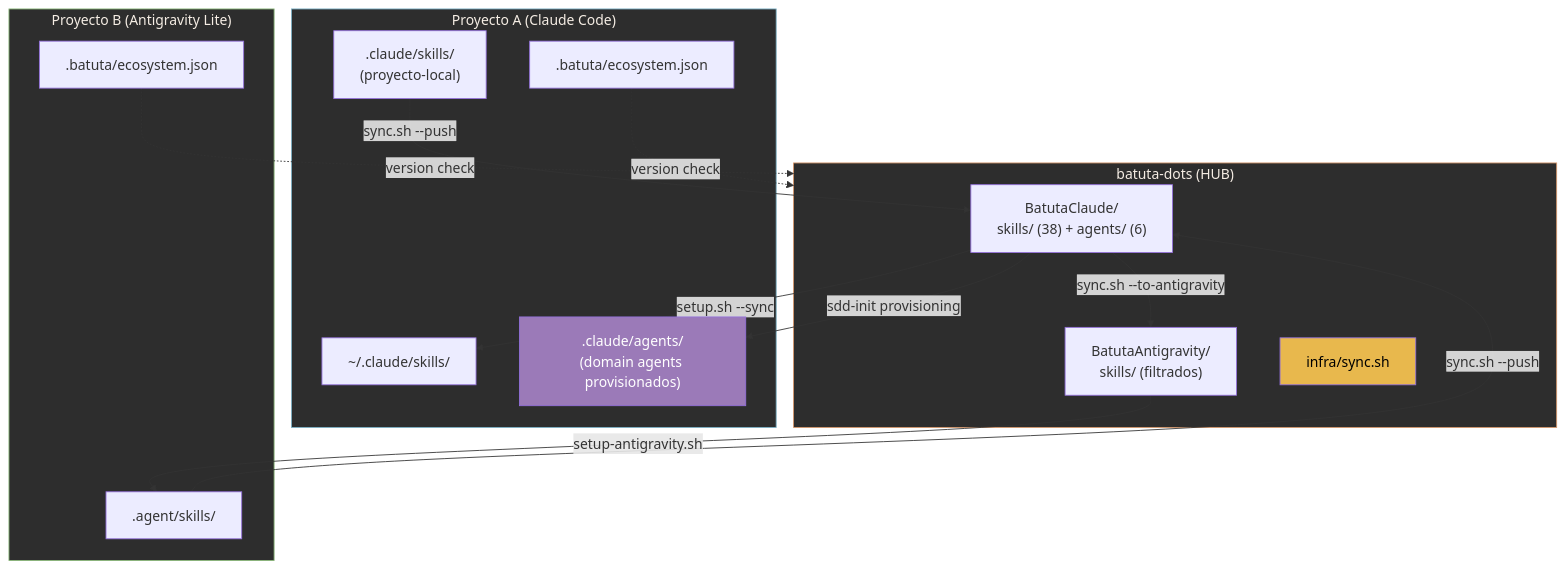
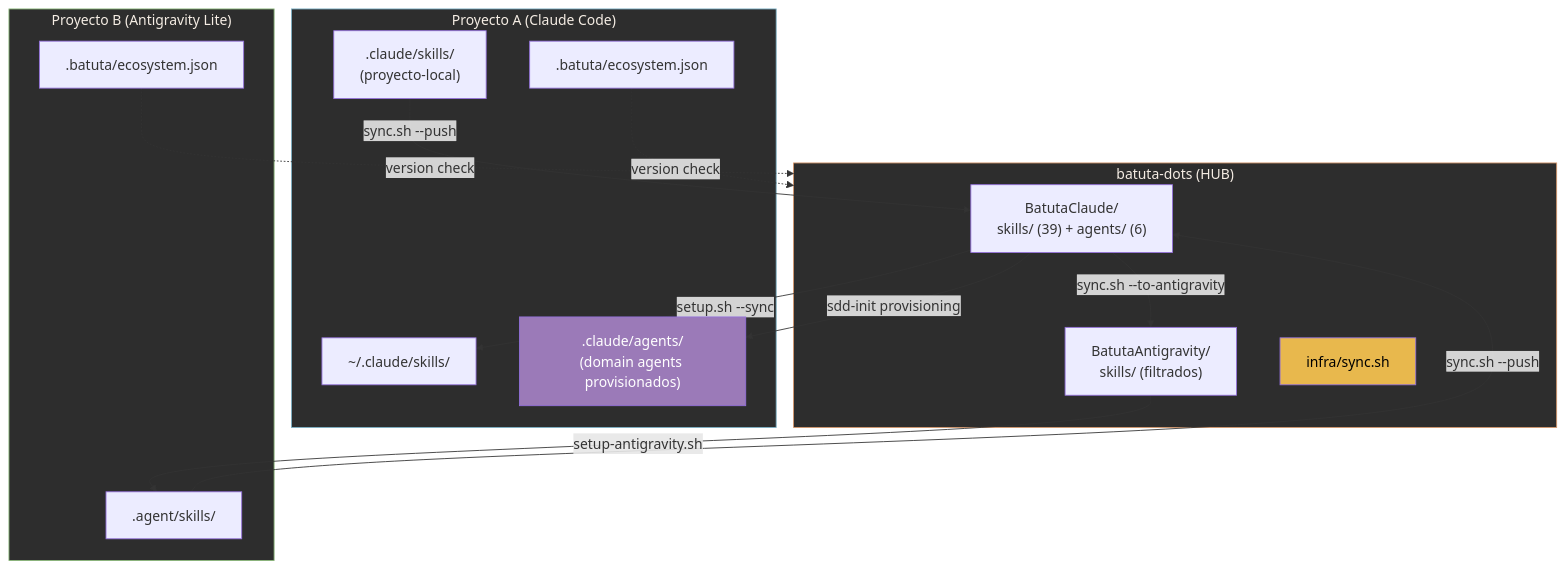
Before and after one commit to jota-batuta/batuta-dots: diagram 26 of 31 in docs/architecture/arquitectura-diagrama.md, drawn with Mermaid. The commit also changed other lines of this file and 19 other files, not shown here.

````diff
--- a/docs/architecture/arquitectura-diagrama.md
+++ b/docs/architecture/arquitectura-diagrama.md
@@ -1107,37 +1122,37 @@
 ```mermaid
 flowchart TD
     subgraph HUB["batuta-dots (HUB)"]
-        BC["BatutaClaude/<br/>skills/ (38) + agents/ (6)"]
+        BC["BatutaClaude/<br/>skills/ (39) + agents/ (6)"]
         BA["BatutaAntigravity/<br/>skills/ (filtrados)"]
         SYNC["infra/sync.sh"]
     end
 
     subgraph SPOKE_CLAUDE["Proyecto A (Claude Code)"]
         PC_SKILLS["~/.claude/skills/"]
         PC_AGENTS[".claude/agents/<br/>(domain agents provisionados)"]
         PC_LOCAL[".claude/skills/<br/>(proyecto-local)"]
         PC_ECO[".batuta/ecosystem.json"]
     end
 
     subgraph SPOKE_ANTIGRAVITY["Proyecto B (Antigravity Lite)"]
         PA_SKILLS[".agent/skills/"]
         PA_ECO[".batuta/ecosystem.json"]
     end
 
     BC -->|"setup.sh --sync"| PC_SKILLS
     BC -->|"sdd-init provisioning"| PC_AGENTS
     BC -->|"sync.sh --to-antigravity"| BA
     BA -->|"setup-antigravity.sh"| PA_SKILLS
 
     PC_LOCAL -->|"sync.sh --push"| BC
     PA_SKILLS -->|"sync.sh --push"| BC
 
     PC_ECO -.->|"version check"| HUB
     PA_ECO -.->|"version check"| HUB
 
     style HUB fill:#2d2d2d,stroke:#D4956A,color:#F5EDE4
     style SPOKE_CLAUDE fill:#2d2d2d,stroke:#7AAFC4,color:#F5EDE4
     style SPOKE_ANTIGRAVITY fill:#2d2d2d,stroke:#8BB87A,color:#F5EDE4
     style SYNC fill:#E8B84D,color:#000
     style PC_AGENTS fill:#9B7AB8,color:#fff
 ```
````
